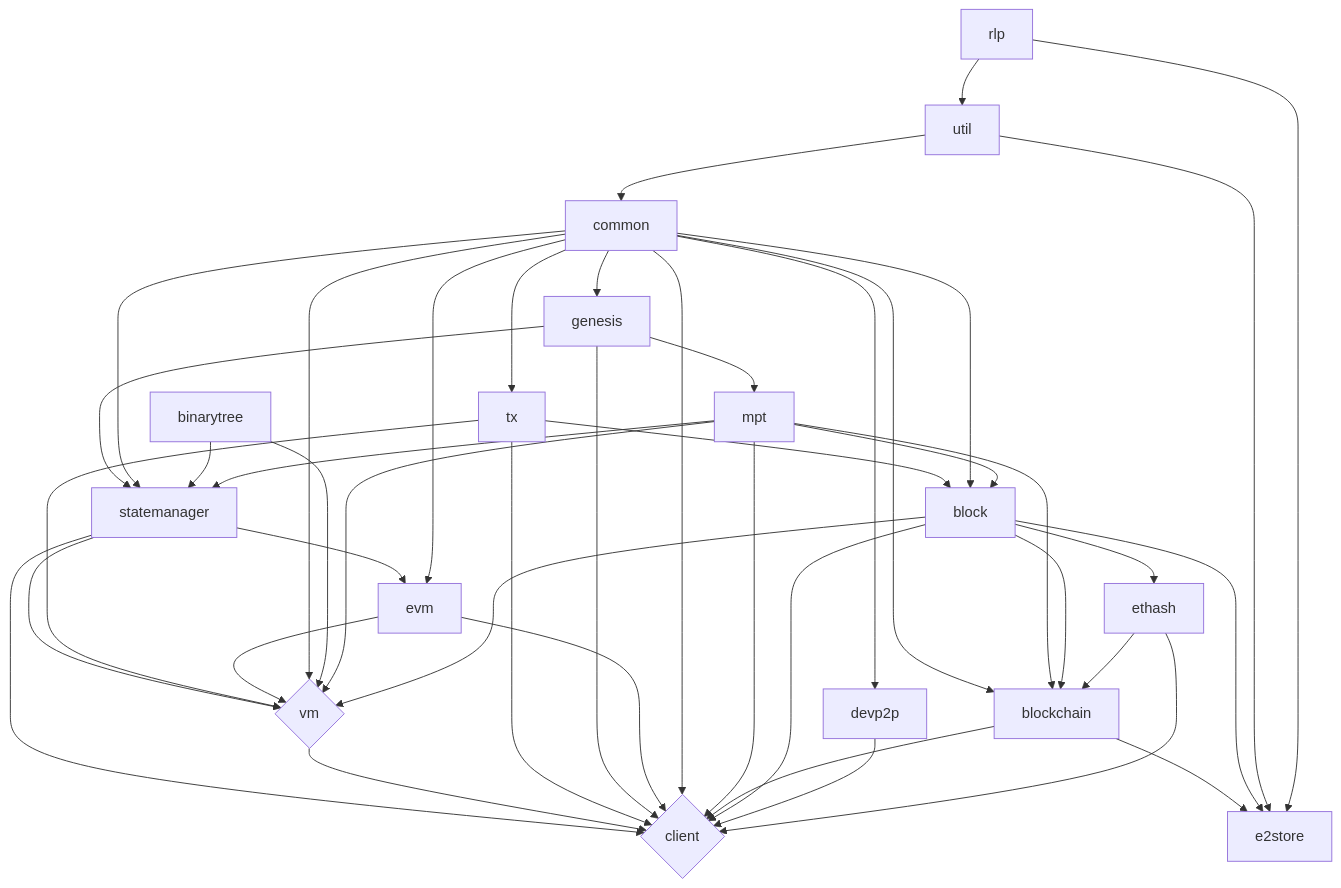
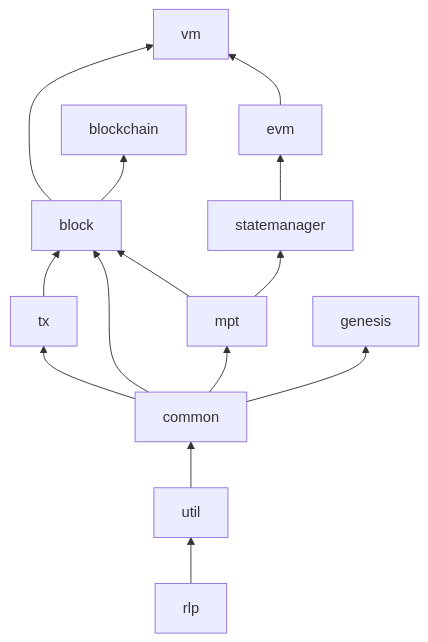
The second of 2 diagrams in README.md (ethereumjs/ethereumjs-monorepo), drawn with Mermaid before and after one commit. The commit also changed other lines of this file and 975 other files, not shown here.

````diff
--- a/README.md
+++ b/README.md
@@ -112,47 +144,9 @@
 ```mermaid
- graph TD
-   vm{vm}
-   client{client}
-   ethash --> blockchain
-   ethash --> client
-   devp2p --> client
-   block --> client
-   block --> blockchain
-   block --> ethash
-   block --> vm
-   blockchain --> client
-   mpt --> client
-   mpt --> vm
-   mpt --> blockchain
-   mpt --> block
-   mpt --> statemanager
-   binarytree --> vm
-   binarytree --> statemanager
-   util --> common
-   common --> block
-   common --> statemanager
-   common --> tx
-   common --> blockchain
-   common --> vm
-   common --> evm
-   common --> client
-   common --> devp2p
-   common --> genesis
-   evm --> vm
-   evm --> client
-   genesis --> client
-   genesis --> statemanager
-   genesis --> mpt
-   tx --> block
-   tx --> vm
-   tx --> client
-   vm --> client
-   rlp --> util
-   rlp --> e2store
-   util --> e2store
-   block --> e2store
-   blockchain --> e2store
-   statemanager --> evm
-   statemanager --> vm
-   statemanager --> client
+flowchart BT
+  rlp --> util --> common
+  common --> tx & block & mpt & genesis
+  mpt --> block & statemanager
+  tx --> block --> vm
+  statemanager --> evm --> vm
+  block --> blockchain
 ```
````
